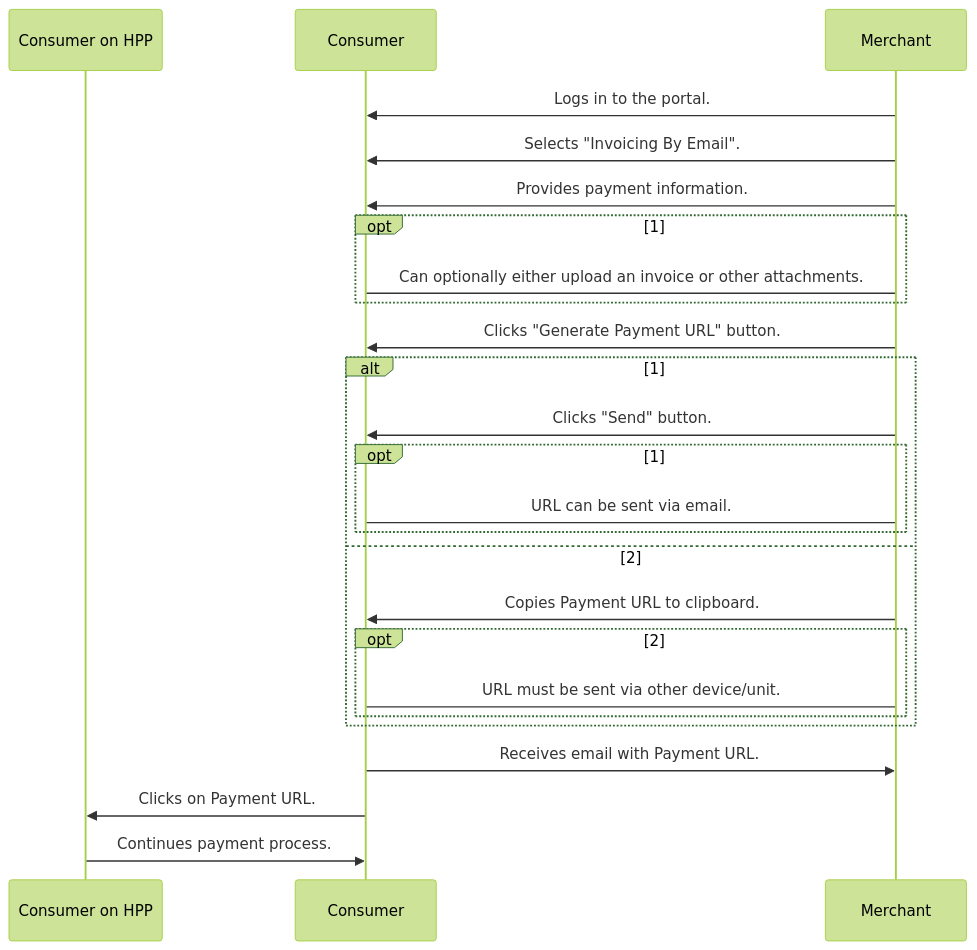
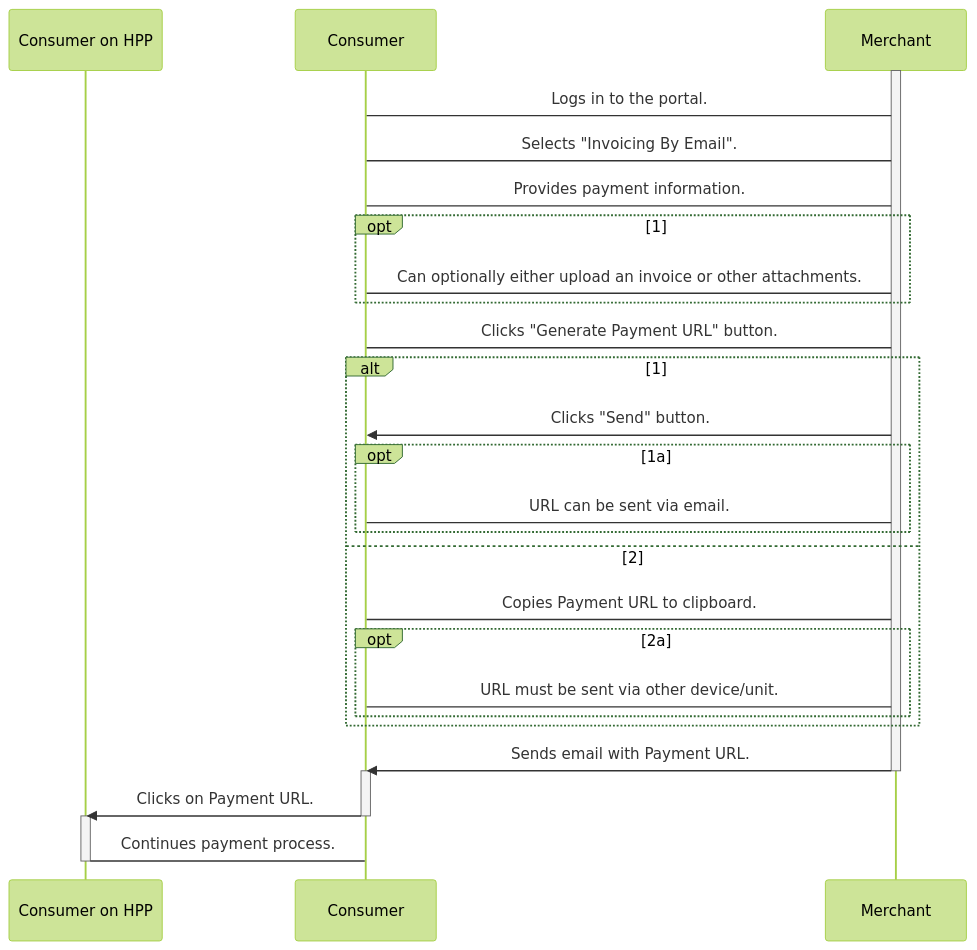
Before and after one commit to wirecard/merchant-documentation-gateway: the diagram in 03-02-12-payment-solutions.adoc, drawn with Mermaid (forest theme).

Commit message:
Update Mermaid Diagrams

```diff
--- a/03-02-12-payment-solutions.adoc
+++ b/03-02-12-payment-solutions.adoc
@@ -90,28 +90,34 @@
-[mermaid,PaymentSolutions_InvoiceviaEmail_v2_Workflow,subs=attributes+]
+[mermaid,PPv1_PaymentSolutions_InvoiceviaEmail_Workflow,svg,subs=attributes+]
 ----
 sequenceDiagram
-    participant Consumer on HPP
-    participant Consumer
-    participant Merchant
-       Merchant ->> Consumer: Logs in to the portal.
-       Merchant ->> Consumer: Selects "Invoicing By Email".
-       Merchant ->> Consumer: Provides payment information.
+    participant A as Consumer on HPP
+    participant B as Consumer
+    participant C as Merchant
+        activate C
+        C -> B: Logs in to the portal.
+        C -> B: Selects "Invoicing By Email".
+        C -> B: Provides payment information.
             opt 1
-                Merchant -> Consumer: Can optionally either upload an invoice or other attachments.
+                C -> B: Can optionally either upload an invoice or other attachments.
             end
-       Merchant ->> Consumer: Clicks "Generate Payment URL" button.
+        C -> B: Clicks "Generate Payment URL" button.
             alt 1
-               Merchant ->> Consumer: Clicks "Send" button.
-                opt 1
-                   Merchant -> Consumer: URL can be sent via email.
-                end
+                C ->> B: Clicks "Send" button.
+                    opt 1a
+                        C -> B: URL can be sent via email.
+                    end
             else 2
-               Merchant ->> Consumer: Copies Payment URL to clipboard.
-                opt 2
-                   Merchant -> Consumer: URL must be sent via other device/unit.
-                end
+                C -> B: Copies Payment URL to clipboard.
+                    opt 2a
+                        C -> B: URL must be sent via other device/unit.
+                    end
             end
-        Consumer ->> Merchant: Receives email with Payment URL.
-        Consumer ->> Consumer on HPP: Clicks on Payment URL.
-        Consumer on HPP ->> Consumer: Continues payment process.
+        C ->> B: Sends email with Payment URL.
+        deactivate C
+        activate B
+        B ->> A: Clicks on Payment URL.
+        deactivate B
+        activate A
+        A -> B: Continues payment process.
+        deactivate A
 ----
```
